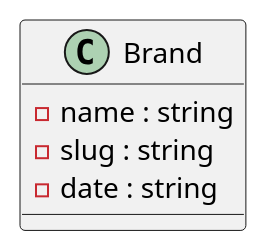
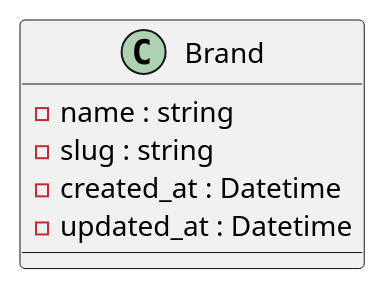
One commit to laurasullyalexandrine/BileMo changed the diagram in diagrams-uml/Class/Brand.puml. Above: the diagram before and after it, drawn with PlantUML. The commit also changed 2 other files, not shown here.

```diff
--- a/diagrams-uml/Class/Brand.puml
+++ b/diagrams-uml/Class/Brand.puml
@@ -1,11 +1,12 @@
 @startuml Brand
 
 Class Brand {
-    
+
     - name : string
     - slug : string
-    - date : string
+    - created_at : Datetime
+    - updated_at : Datetime
 
 }
 
 @enduml
```
